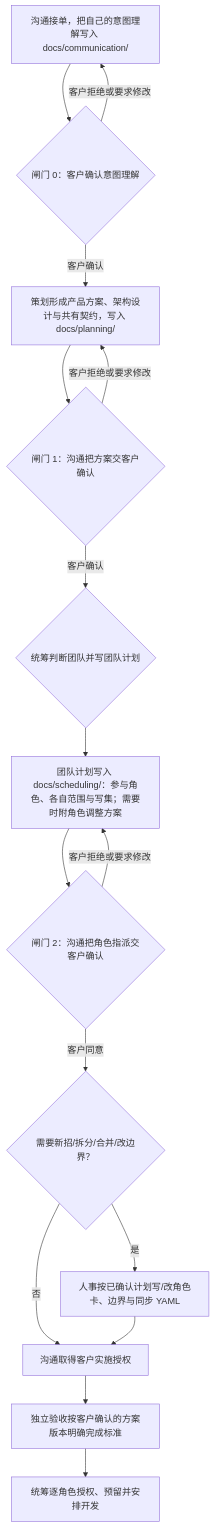
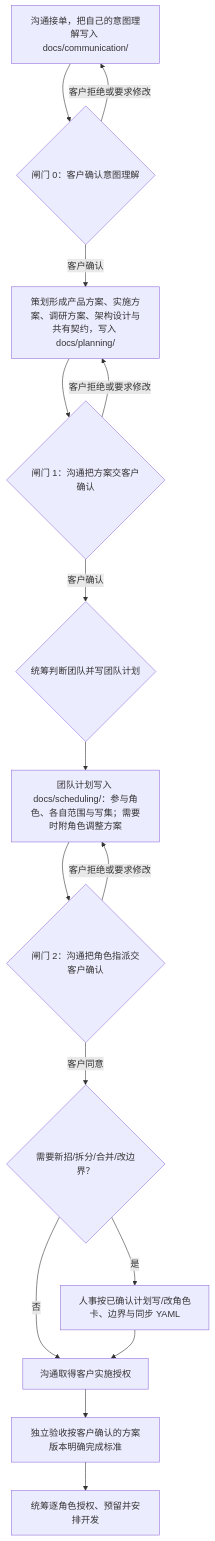
The diagram in references/planning-role.md (wangzhongren/ans-skill), drawn with Mermaid before and after one commit. The commit also changed other lines of this file and 30 other files, not shown here.

````diff
--- a/references/planning-role.md
+++ b/references/planning-role.md
@@ -60,18 +71,18 @@
 ```mermaid
 flowchart TD
   intake[沟通接单，把自己的意图理解写入 docs/communication/] --> gate0{闸门 0：客户确认意图理解}
-  gate0 -->|客户确认| plan[策划形成产品方案、架构设计与共有契约，写入 docs/planning/]
+  gate0 -->|客户确认| plan[策划形成产品方案、实施方案、调研方案、架构设计与共有契约，写入 docs/planning/]
   gate0 -->|客户拒绝或要求修改| intake
   plan --> gate1{闸门 1：沟通把方案交客户确认}
   gate1 -->|客户确认| judge{统筹判断团队并写团队计划}
   gate1 -->|客户拒绝或要求修改| plan
   judge --> teamplan[团队计划写入 docs/scheduling/：参与角色、各自范围与写集；需要时附角色调整方案]
   teamplan --> gate2{闸门 2：沟通把角色指派交客户确认}
   gate2 -->|客户同意| needrecruit{需要新招/拆分/合并/改边界？}
   gate2 -->|客户拒绝或要求修改| teamplan
   needrecruit -->|是| roles[人事按已确认计划写/改角色卡、边界与同步 YAML]
   needrecruit -->|否| authorize[沟通取得客户实施授权]
   roles --> authorize
   authorize --> criteria[独立验收按客户确认的方案版本明确完成标准]
   criteria --> schedule[统筹逐角色授权、预留并安排开发]
 ```
````
